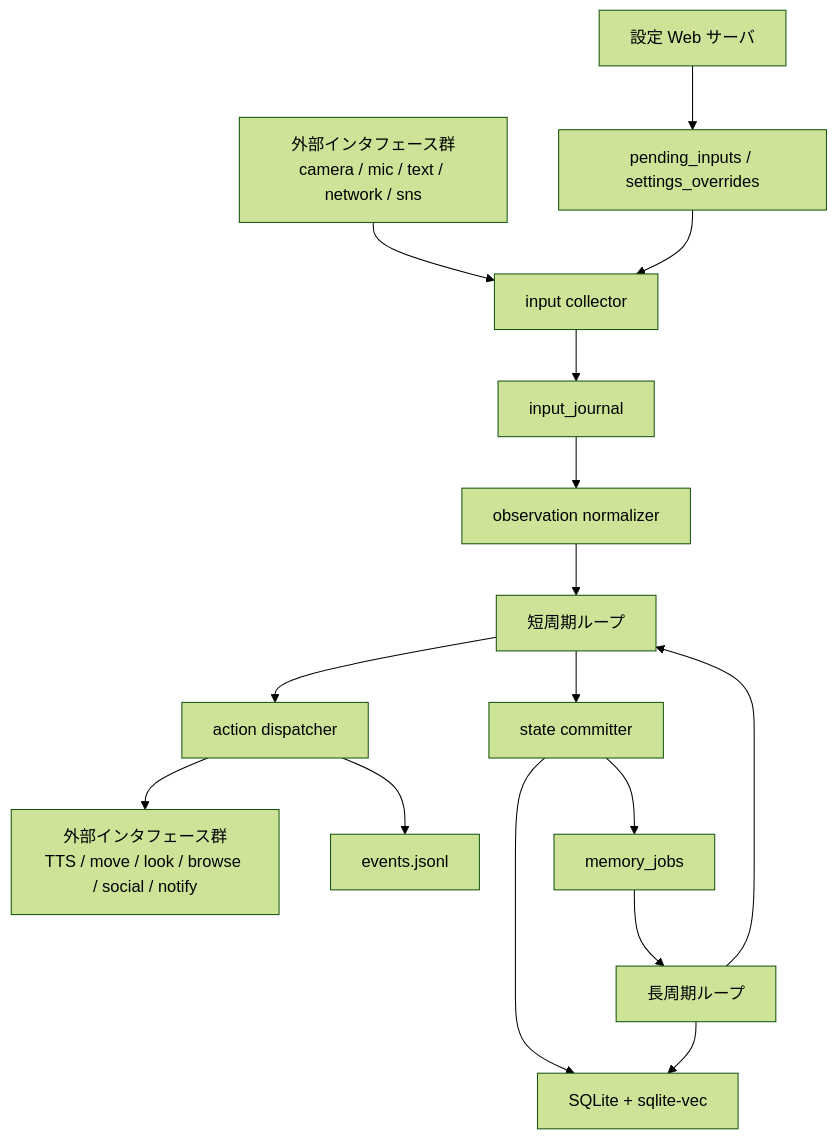
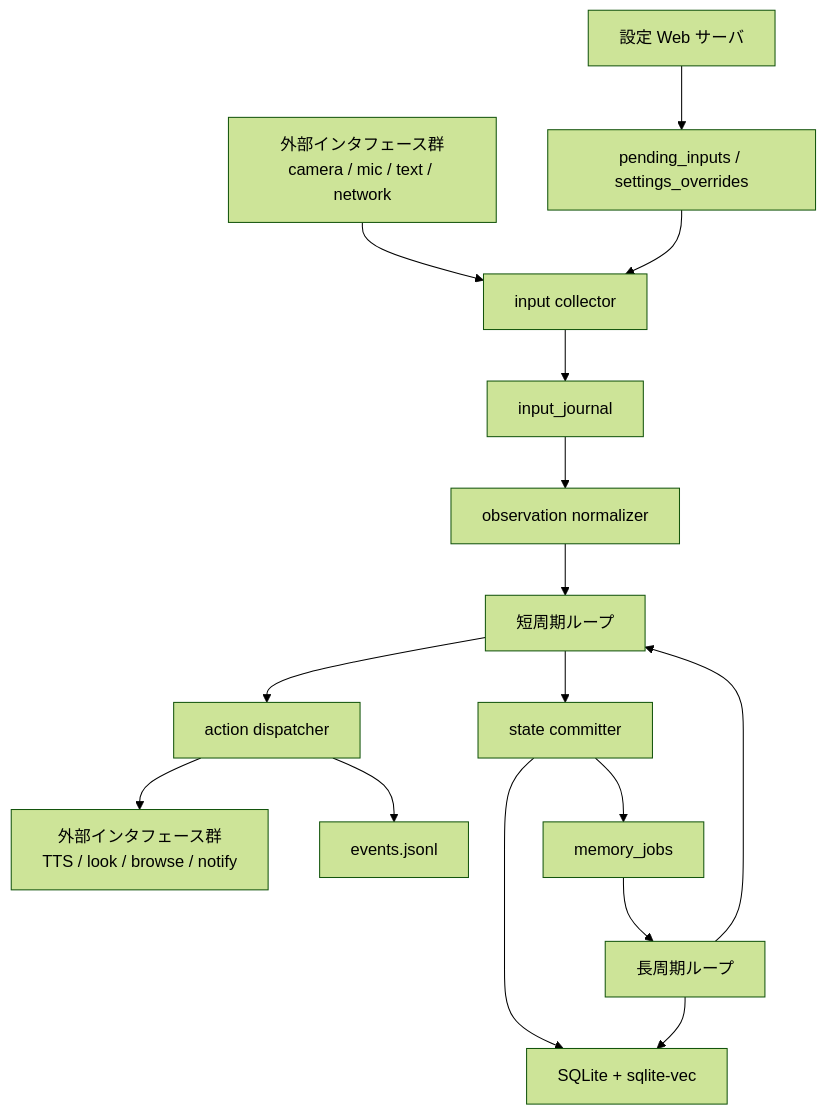
The first of 2 diagrams in docs/30_システム設計.md (hirona98/OtomeKairo), drawn with Mermaid (forest theme) before and after one commit. The commit also changed other lines of this file and 17 other files, not shown here.

````diff
--- a/docs/30_システム設計.md
+++ b/docs/30_システム設計.md
@@ -140,18 +137,18 @@
 ```mermaid
 flowchart TD
     web["設定 Web サーバ"] --> pending["pending_inputs / settings_overrides"]
-    sensors["外部インタフェース群\ncamera / mic / text / network / sns"] --> collect["input collector"]
+    sensors["外部インタフェース群\ncamera / mic / text / network"] --> collect["input collector"]
     pending --> collect
     collect --> journal["input_journal"]
     journal --> normalize["observation normalizer"]
     normalize --> short["短周期ループ"]
     short --> dispatch["action dispatcher"]
-    dispatch --> actuators["外部インタフェース群\nTTS / move / look / browse / social / notify"]
+    dispatch --> actuators["外部インタフェース群\nTTS / look / browse / notify"]
     dispatch --> events["events.jsonl"]
     short --> commit["state committer"]
     commit --> sqlite["SQLite + sqlite-vec"]
     commit --> jobs["memory_jobs"]
     jobs --> long["長周期ループ"]
     long --> sqlite
     long --> short
 ```
````
